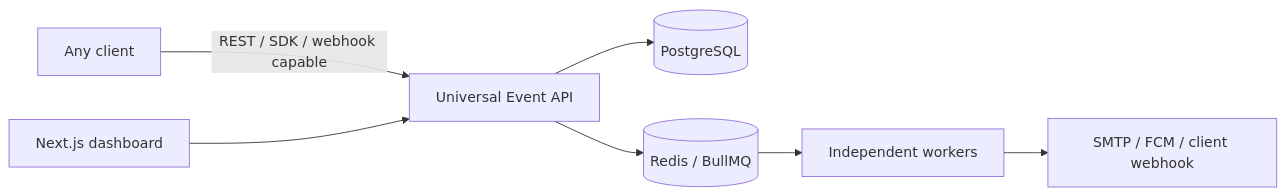
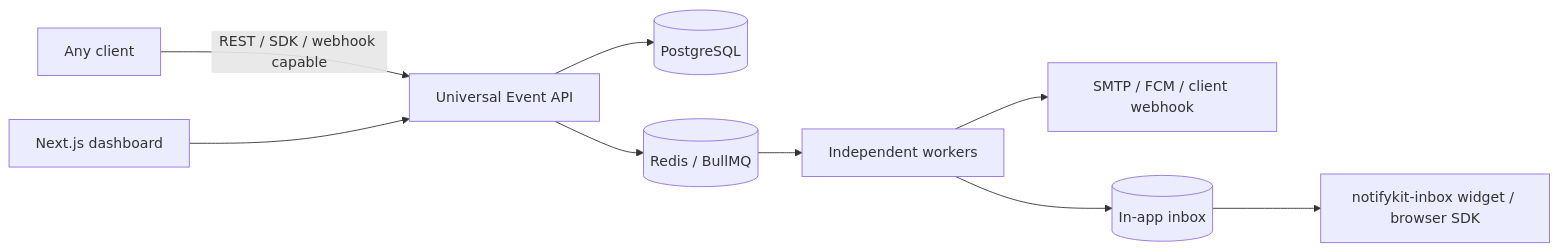
One commit to prabin923/NotifyKIT changed the diagram in README.md. Above: the diagram before and after it, drawn with Mermaid. The commit also changed other lines of this file and 84 other files, not shown here.

First line of the commit message:
feat: in-app inbox, embeddable widget, publishable SDKs, deploy readiness

````diff
--- a/README.md
+++ b/README.md
@@ -19,9 +22,11 @@
 ```mermaid
 flowchart LR
   S[Any client] -->|REST / SDK / webhook capable| API[Universal Event API]
   API --> DB[(PostgreSQL)]
   API --> Q[(Redis / BullMQ)]
   Q --> W[Independent workers]
   W --> C[SMTP / FCM / client webhook]
+  W --> IN[(In-app inbox)]
+  IN --> BW[notifykit-inbox widget / browser SDK]
   UI[Next.js dashboard] --> API
 ```
````
